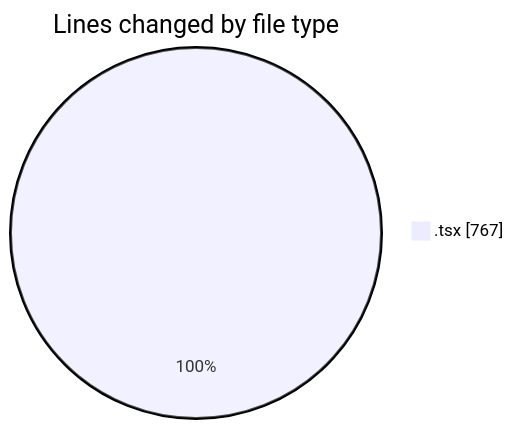
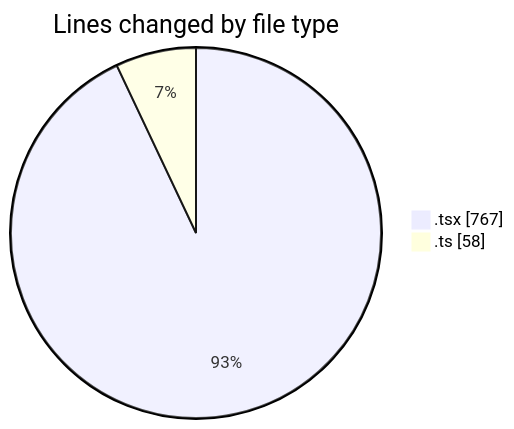
One commit to robertbonfada/code-tracking changed the first of 2 diagrams in 2025-02-03/termonied-web/README.md. Above: the diagram before and after it, drawn with Mermaid. The commit also changed other lines of this file and 1 other file, not shown here.

````diff
--- a/2025-02-03/termonied-web/README.md
+++ b/2025-02-03/termonied-web/README.md
@@ -23,5 +24,6 @@
 ```mermaid
 pie showData
 title Lines changed by file type
 ".tsx" : 767
+".ts" : 58
 ```
````
